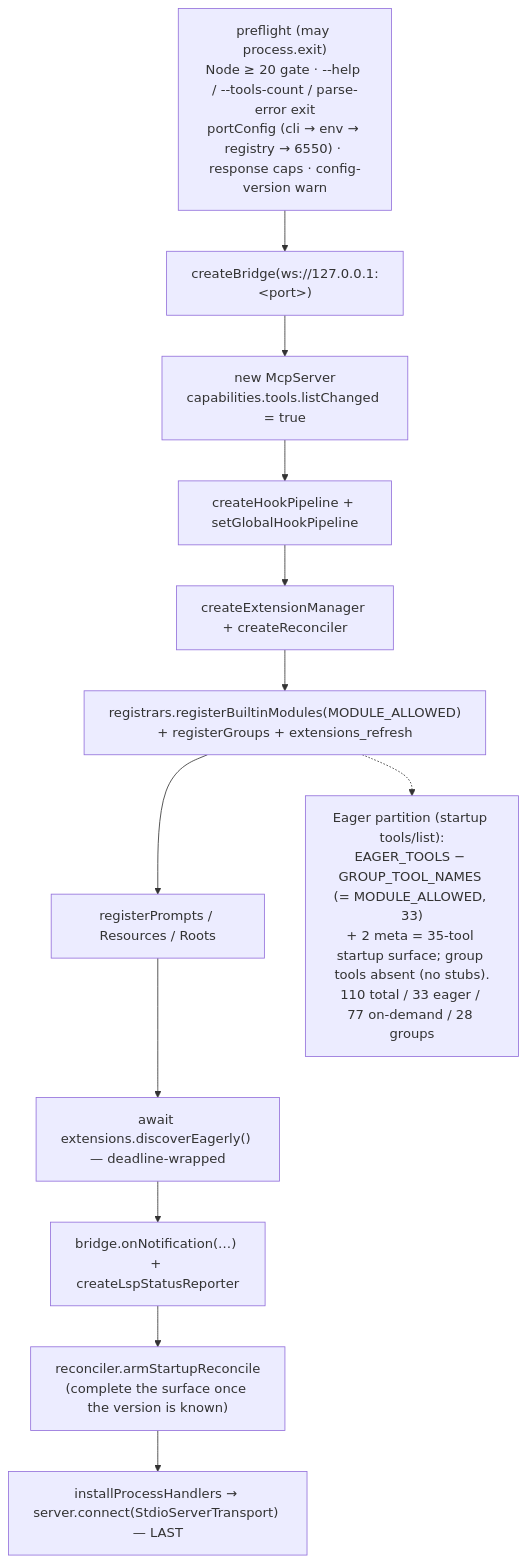
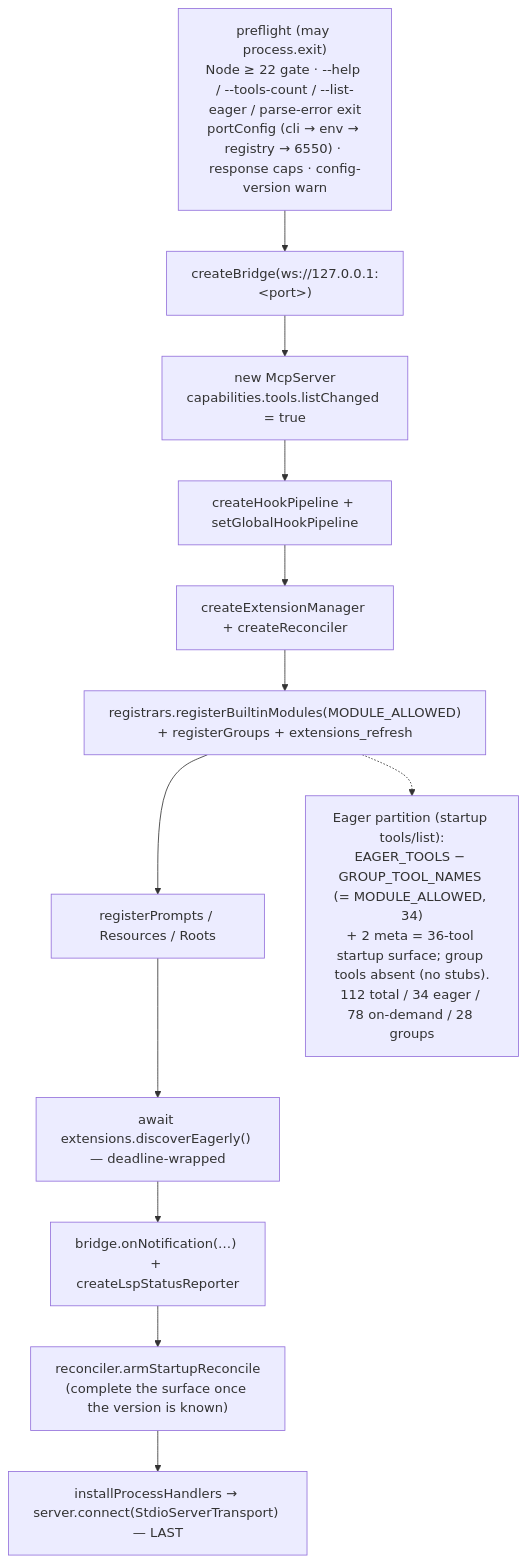
Before and after one commit to NPGameDev/godot-mcp-server: the third of 13 diagrams in docs/architecture/README.md, drawn with Mermaid. The commit also changed other lines of this file and 6 other files, not shown here.

````diff
--- a/docs/architecture/README.md
+++ b/docs/architecture/README.md
@@ -200,17 +200,17 @@
 ```mermaid
 flowchart TD
-    pre["preflight (may process.exit)<br/>Node ≥ 20 gate · --help / --tools-count / parse-error exit<br/>portConfig (cli → env → registry → 6550) · response caps · config-version warn"]
+    pre["preflight (may process.exit)<br/>Node ≥ 22 gate · --help / --tools-count / --list-eager / parse-error exit<br/>portConfig (cli → env → registry → 6550) · response caps · config-version warn"]
     bridge["createBridge(ws://127.0.0.1:&lt;port&gt;)"]
     srv["new McpServer<br/>capabilities.tools.listChanged = true"]
     hooks["createHookPipeline + setGlobalHookPipeline"]
     subsys["createExtensionManager + createReconciler"]
     reg["registrars.registerBuiltinModules(MODULE_ALLOWED)<br/>+ registerGroups + extensions_refresh"]
     mcpcap["registerPrompts / Resources / Roots"]
     eager["await extensions.discoverEagerly() — deadline-wrapped"]
     notif["bridge.onNotification(…) + createLspStatusReporter"]
     recon["reconciler.armStartupReconcile<br/>(complete the surface once the version is known)"]
     conn["installProcessHandlers → server.connect(StdioServerTransport) — LAST"]
     pre --> bridge --> srv --> hooks --> subsys --> reg --> mcpcap --> eager --> notif --> recon --> conn
-    part["Eager partition (startup tools/list):<br/>EAGER_TOOLS − GROUP_TOOL_NAMES (= MODULE_ALLOWED, 33)<br/>+ 2 meta = 35-tool startup surface; group tools absent (no stubs).<br/>110 total / 33 eager / 77 on-demand / 28 groups"]
+    part["Eager partition (startup tools/list):<br/>EAGER_TOOLS − GROUP_TOOL_NAMES (= MODULE_ALLOWED, 34)<br/>+ 2 meta = 36-tool startup surface; group tools absent (no stubs).<br/>112 total / 34 eager / 78 on-demand / 28 groups"]
     reg -.-> part
 ```
````
